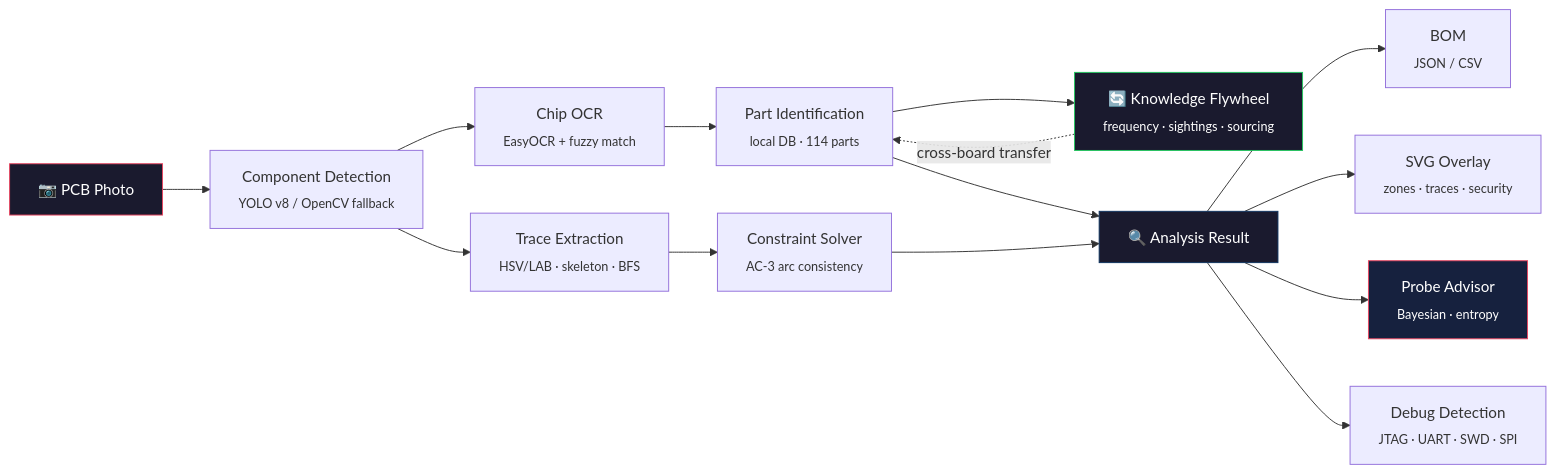
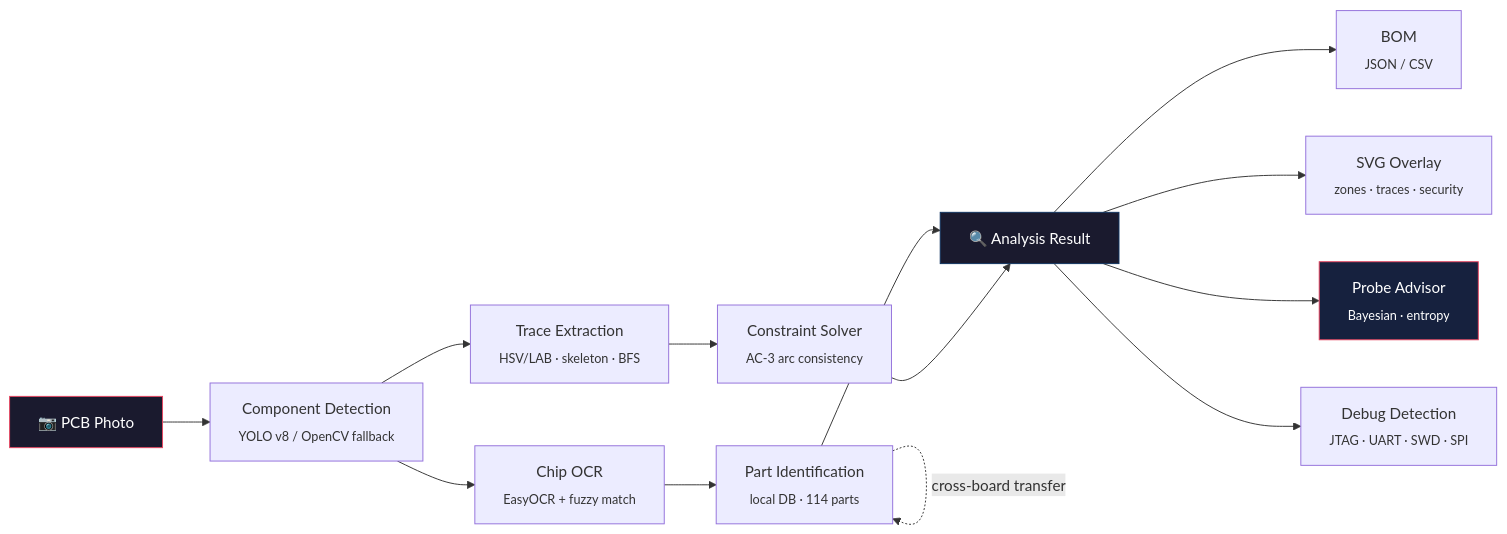
Before and after one commit to ericrihm/retrace: the diagram in README.md, drawn with Mermaid. The commit also changed other lines of this file and 8 other files, not shown here.

First line of the commit message:
feat: cross-board engine, learn_component(), design decisions, scrub internals

````diff
--- a/README.md
+++ b/README.md
@@ -128,21 +128,19 @@
 ```mermaid
 graph LR
     A["📷 PCB Photo"] --> B["Component Detection\n<sub>YOLO v8 / OpenCV fallback</sub>"]
     B --> C["Chip OCR\n<sub>EasyOCR + fuzzy match</sub>"]
     B --> D["Trace Extraction\n<sub>HSV/LAB · skeleton · BFS</sub>"]
     C --> E["Part Identification\n<sub>local DB · 114 parts</sub>"]
-    E --> L["🔄 Knowledge Flywheel\n<sub>frequency · sightings · sourcing</sub>"]
     D --> F["Constraint Solver\n<sub>AC-3 arc consistency</sub>"]
     E --> G["🔍 Analysis Result"]
+    E -.->|"cross-board transfer"| E
     F --> G
     G --> H["BOM\n<sub>JSON / CSV</sub>"]
     G --> I["SVG Overlay\n<sub>zones · traces · security</sub>"]
     G --> J["Probe Advisor\n<sub>Bayesian · entropy</sub>"]
     G --> K["Debug Detection\n<sub>JTAG · UART · SWD · SPI</sub>"]
-    L -.->|"cross-board transfer"| E
 
     style A fill:#1a1a2e,stroke:#e94560,color:#fff
     style G fill:#1a1a2e,stroke:#0f3460,color:#fff
-    style L fill:#1a1a2e,stroke:#22c55e,color:#fff
     style J fill:#16213e,stroke:#e94560,color:#fff
 ```
````
